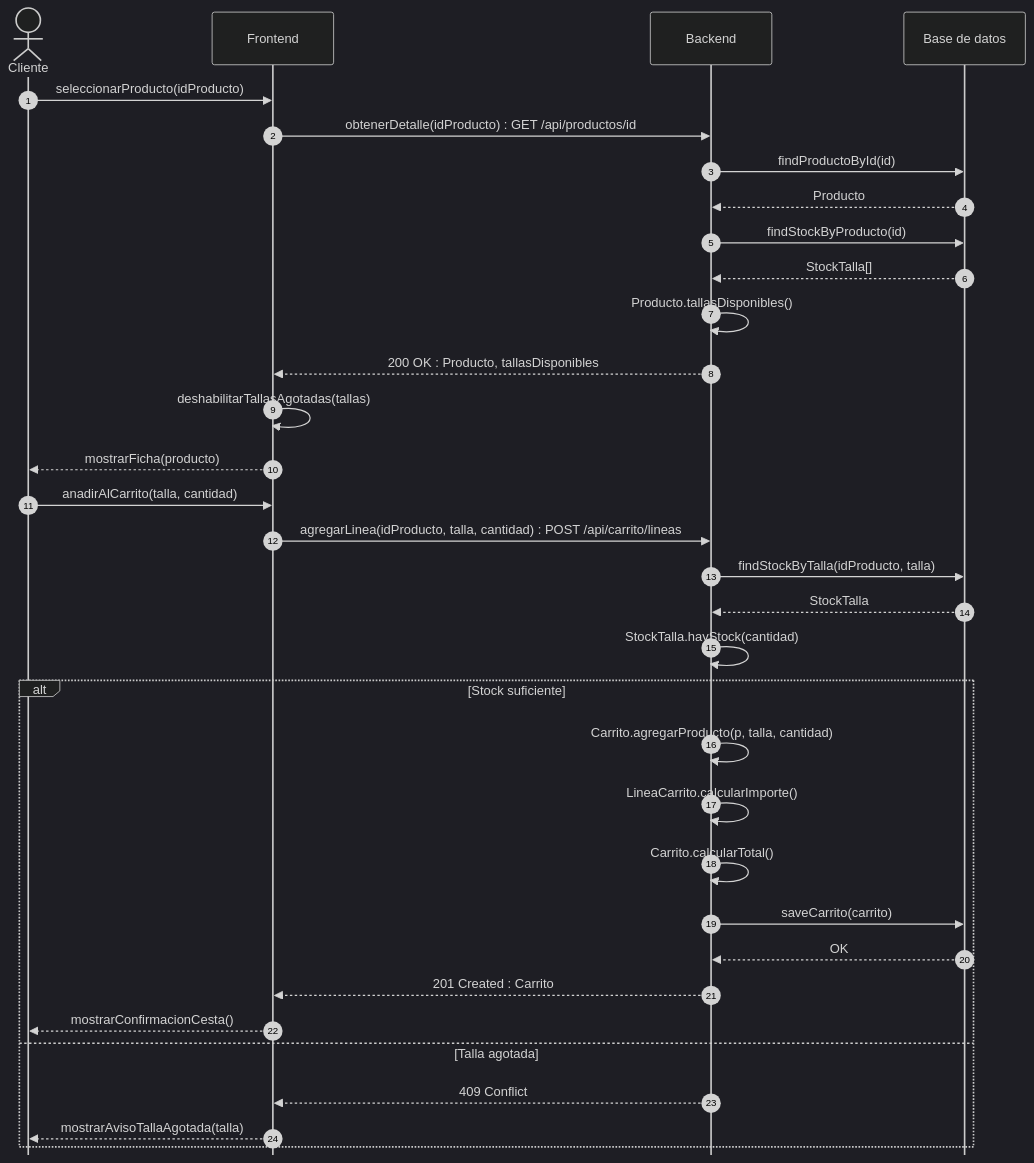
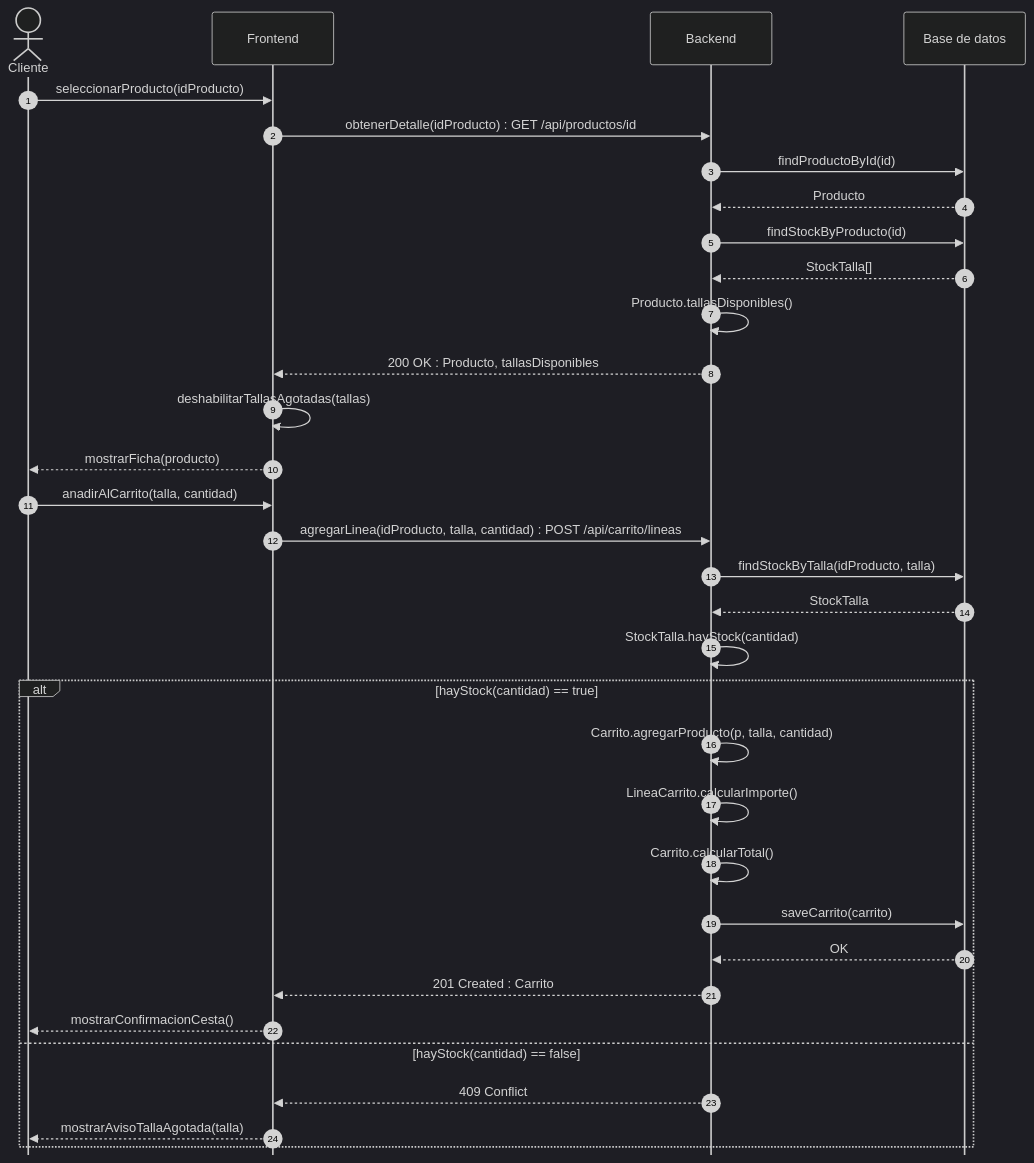
One commit to ajgarciarias10/PR3GPS changed the diagram in Practica3_G11_LaTeX/codigo/sec_us02.mmd. Above: the diagram before and after it, drawn with Mermaid (dark theme). The commit also changed 22 other files, not shown here.

```diff
--- a/Practica3_G11_LaTeX/codigo/sec_us02.mmd
+++ b/Practica3_G11_LaTeX/codigo/sec_us02.mmd
@@ -1,34 +1,34 @@
 %%{init: {'sequence': {'mirrorActors': false}}}%%
 sequenceDiagram
     autonumber
     actor U as Cliente
     participant FE as Frontend
     participant BE as Backend
     participant DB as Base de datos
     U->>FE: seleccionarProducto(idProducto)
     FE->>BE: obtenerDetalle(idProducto) : GET /api/productos/id
     BE->>DB: findProductoById(id)
     DB-->>BE: Producto
     BE->>DB: findStockByProducto(id)
     DB-->>BE: StockTalla[]
     BE->>BE: Producto.tallasDisponibles()
     BE-->>FE: 200 OK : Producto, tallasDisponibles
     FE->>FE: deshabilitarTallasAgotadas(tallas)
     FE-->>U: mostrarFicha(producto)
     U->>FE: anadirAlCarrito(talla, cantidad)
     FE->>BE: agregarLinea(idProducto, talla, cantidad) : POST /api/carrito/lineas
     BE->>DB: findStockByTalla(idProducto, talla)
     DB-->>BE: StockTalla
     BE->>BE: StockTalla.hayStock(cantidad)
-    alt Stock suficiente
+    alt hayStock(cantidad) == true
         BE->>BE: Carrito.agregarProducto(p, talla, cantidad)
         BE->>BE: LineaCarrito.calcularImporte()
         BE->>BE: Carrito.calcularTotal()
         BE->>DB: saveCarrito(carrito)
         DB-->>BE: OK
         BE-->>FE: 201 Created : Carrito
         FE-->>U: mostrarConfirmacionCesta()
-    else Talla agotada
+    else hayStock(cantidad) == false
         BE-->>FE: 409 Conflict
         FE-->>U: mostrarAvisoTallaAgotada(talla)
     end
```
